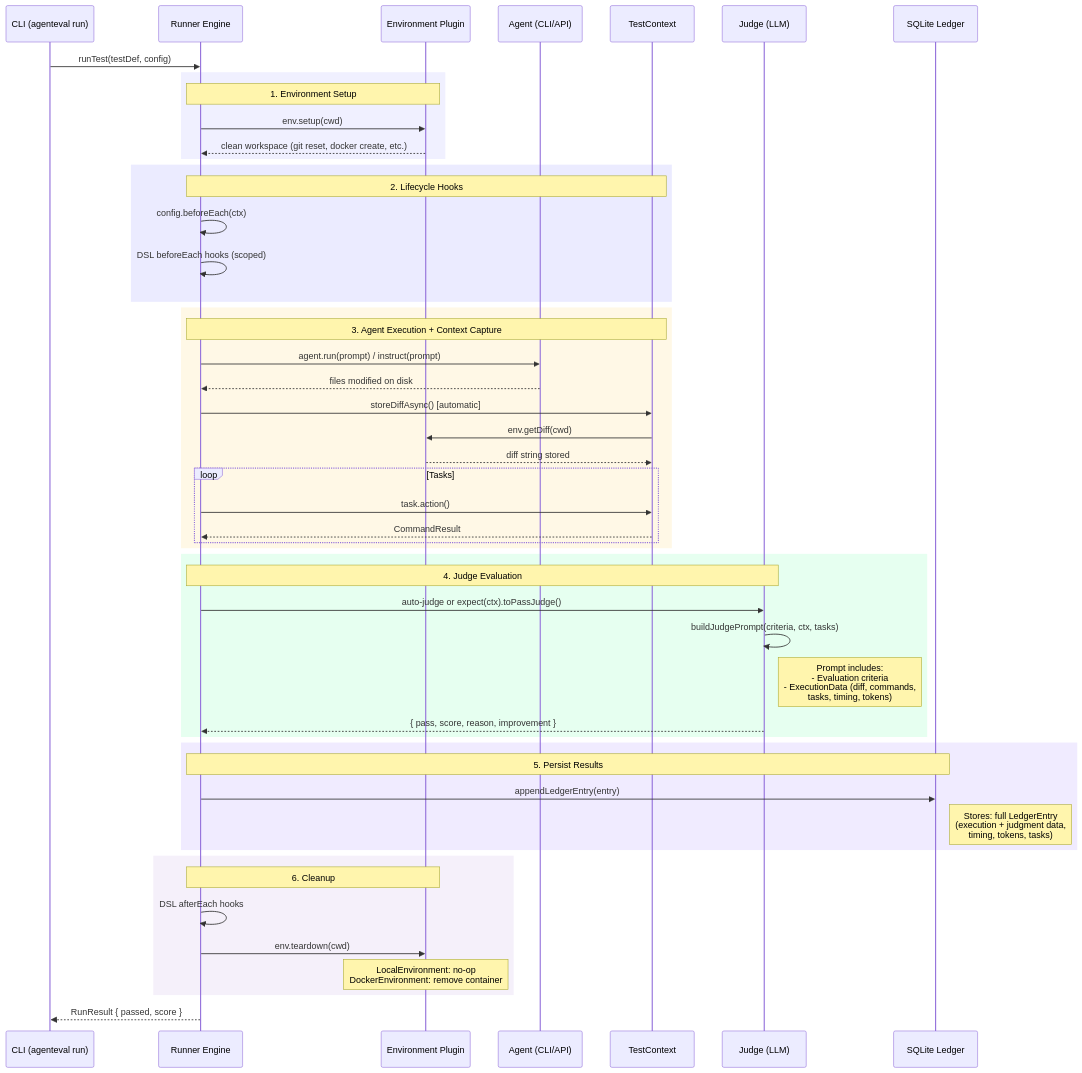
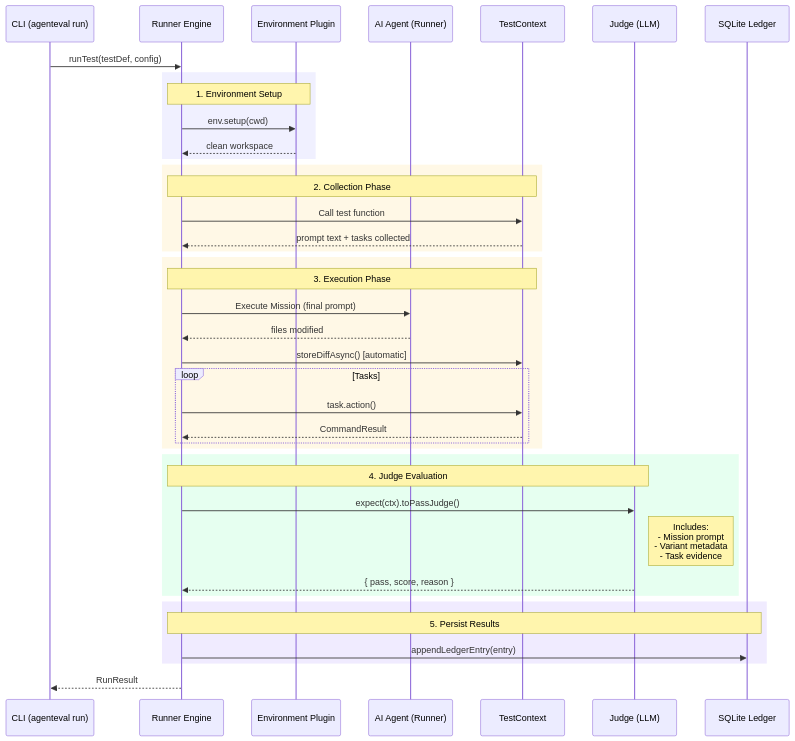
One commit to Tlahey/agent-eval changed the third of 3 diagrams in apps/docs/guide/architecture.md. Above: the diagram before and after it, drawn with Mermaid. The commit also changed other lines of this file and 59 other files, not shown here.

Commit message:
chore(release): final sync for mission-based testing and experiments

````diff
--- a/apps/docs/guide/architecture.md
+++ b/apps/docs/guide/architecture.md
@@ -178,61 +127,50 @@
 ```mermaid
 sequenceDiagram
     participant CLI as CLI (agenteval run)
     participant Runner as Runner Engine
     participant Git as Environment Plugin
-    participant Agent as Agent (CLI/API)
+    participant Agent as AI Agent (Runner)
     participant Ctx as TestContext
     participant Judge as Judge (LLM)
     participant Ledger as SQLite Ledger
 
     CLI->>Runner: runTest(testDef, config)
 
     rect rgb(240, 240, 255)
         Note over Runner,Git: 1. Environment Setup
         Runner->>Git: env.setup(cwd)
-        Git-->>Runner: clean workspace (git reset, docker create, etc.)
-    end
-
-    rect rgb(235, 235, 255)
-        Note over Runner,Ctx: 2. Lifecycle Hooks
-        Runner->>Runner: config.beforeEach(ctx)
-        Runner->>Runner: DSL beforeEach hooks (scoped)
+        Git-->>Runner: clean workspace
     end
 
     rect rgb(255, 248, 230)
-        Note over Runner,Ctx: 3. Agent Execution + Context Capture
-        Runner->>Agent: agent.run(prompt) / instruct(prompt)
-        Agent-->>Runner: files modified on disk
+        Note over Runner,Ctx: 2. Collection Phase
+        Runner->>Ctx: Call test function
+        Ctx-->>Runner: prompt text + tasks collected
+    end
+
+    rect rgb(255, 248, 230)
+        Note over Runner,Ctx: 3. Execution Phase
+        Runner->>Agent: Execute Mission (final prompt)
+        Agent-->>Runner: files modified
         Runner->>Ctx: storeDiffAsync() [automatic]
-        Ctx->>Git: env.getDiff(cwd)
-        Git-->>Ctx: diff string stored
 
         loop Tasks
             Runner->>Ctx: task.action()
             Ctx-->>Runner: CommandResult
         end
     end
 
     rect rgb(230, 255, 240)
         Note over Runner,Judge: 4. Judge Evaluation
-        Runner->>Judge: auto-judge or expect(ctx).toPassJudge()
-        Judge->>Judge: buildJudgePrompt(criteria, ctx, tasks)
-        Note right of Judge: Prompt includes:<br/>- Evaluation criteria<br/>- ExecutionData (diff, commands,<br/>tasks, timing, tokens)
-        Judge-->>Runner: { pass, score, reason, improvement }
+        Runner->>Judge: expect(ctx).toPassJudge()
+        Note right of Judge: Includes:<br/>- Mission prompt<br/>- Variant metadata<br/>- Task evidence
+        Judge-->>Runner: { pass, score, reason }
     end
 
     rect rgb(240, 235, 255)
         Note over Runner,Ledger: 5. Persist Results
         Runner->>Ledger: appendLedgerEntry(entry)
-        Note right of Ledger: Stores: full LedgerEntry<br/>(execution + judgment data,<br/>timing, tokens, tasks)
     end
 
-    rect rgb(245, 240, 250)
-        Note over Runner,Git: 6. Cleanup
-        Runner->>Runner: DSL afterEach hooks
-        Runner->>Git: env.teardown(cwd)
-        Note over Git: LocalEnvironment: no-op<br/>DockerEnvironment: remove container
-    end
-
-    Runner-->>CLI: RunResult { passed, score }
+    Runner-->>CLI: RunResult
 ```
````
